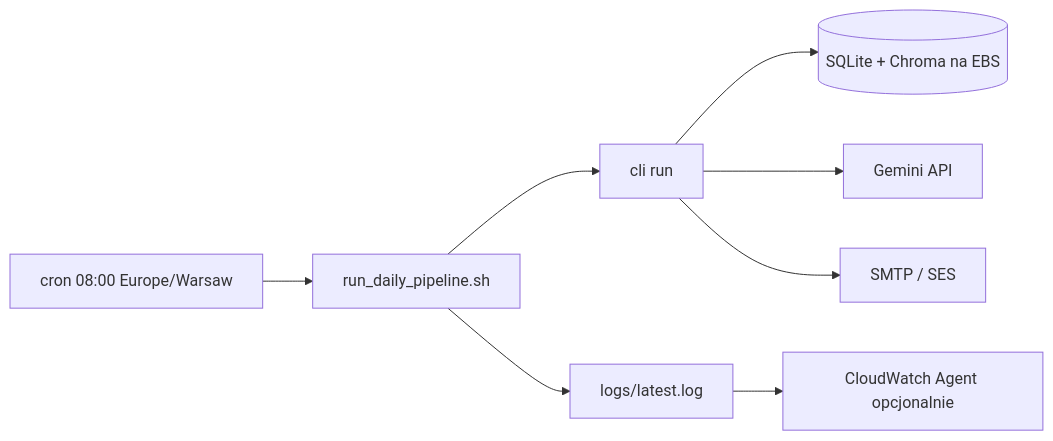
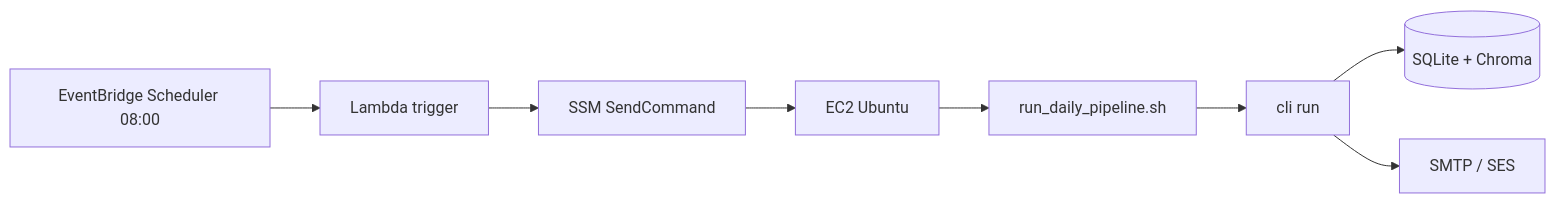
One commit to Maxifunny/Job_search changed the diagram in docs/agents/aws-deployment-agent.md. Above: the diagram before and after it, drawn with Mermaid. The commit also changed other lines of this file and 10 other files, not shown here.

First line of the commit message:
feat: EventBridge Scheduler daily trigger (free tier) instead of cron

````diff
--- a/docs/agents/aws-deployment-agent.md
+++ b/docs/agents/aws-deployment-agent.md
@@ -28,10 +52,10 @@
 ```mermaid
 flowchart LR
-    CRON[cron 08:00 Europe/Warsaw] --> SCRIPT[run_daily_pipeline.sh]
+    EB[EventBridge Scheduler 08:00] --> L[Lambda trigger]
+    L --> SSM[SSM SendCommand]
+    SSM --> EC2[EC2 Ubuntu]
+    EC2 --> SCRIPT[run_daily_pipeline.sh]
     SCRIPT --> RUN[cli run]
-    RUN --> DB[(SQLite + Chroma na EBS)]
-    RUN --> LLM[Gemini API]
+    RUN --> DB[(SQLite + Chroma)]
     RUN --> MAIL[SMTP / SES]
-    SCRIPT --> LOGS[logs/latest.log]
-    LOGS --> CW[CloudWatch Agent opcjonalnie]
 ```
````
